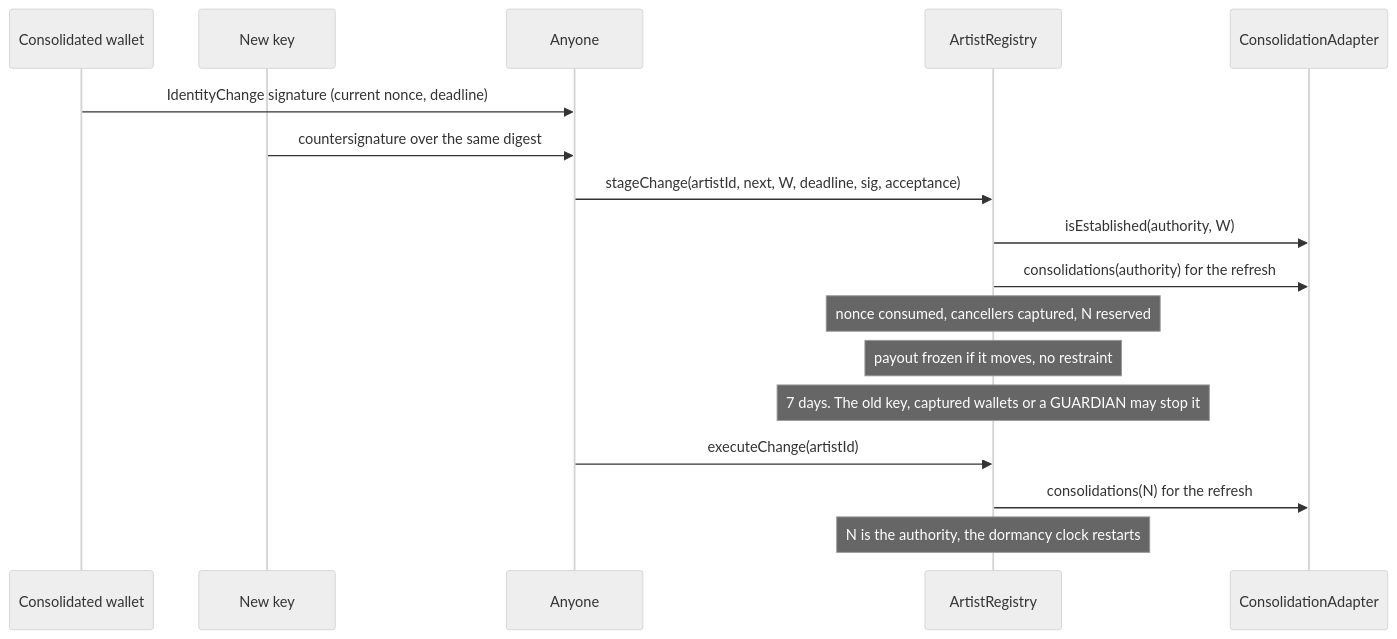
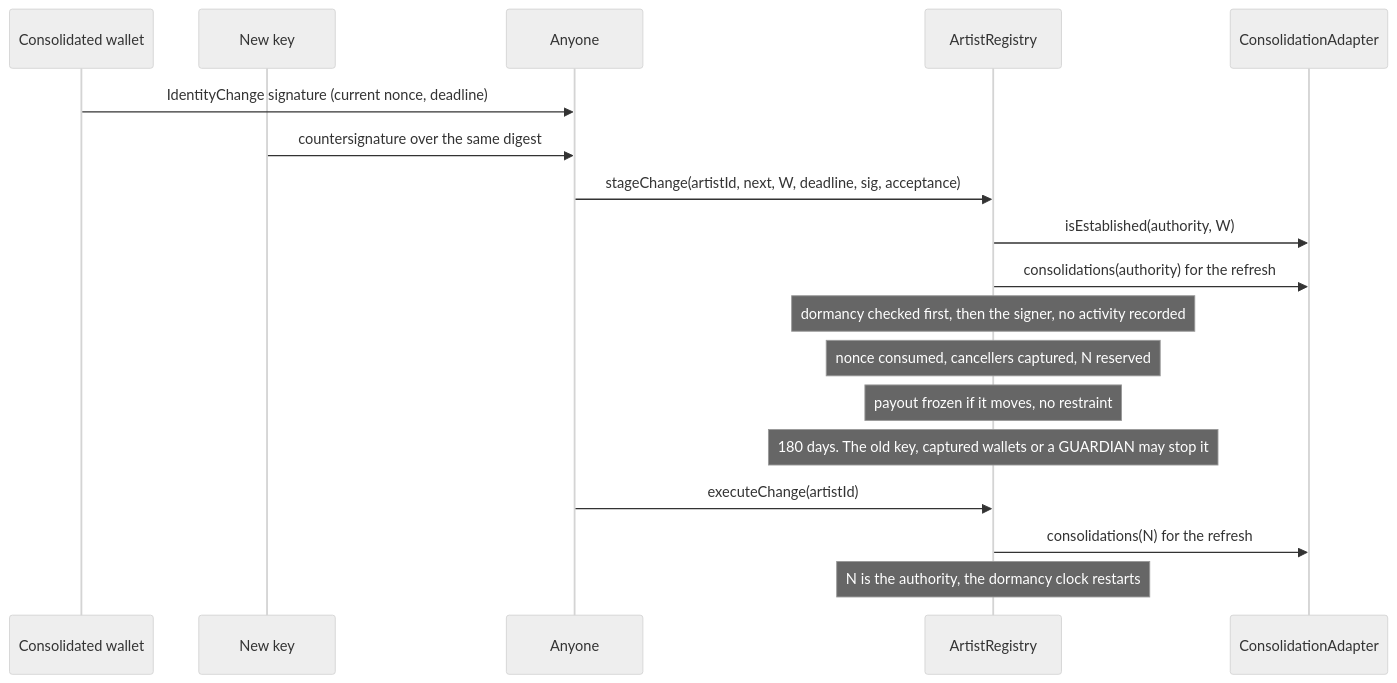
Before and after one commit to 6529-Collections/6529-works: the third of 8 diagrams in docs/spec/identity-and-recovery.md, drawn with Mermaid (neutral theme). The commit also changed other lines of this file and 14 other files, not shown here.

````diff
--- a/docs/spec/identity-and-recovery.md
+++ b/docs/spec/identity-and-recovery.md
@@ -369,19 +405,20 @@
 ```mermaid
 sequenceDiagram
     participant W as Consolidated wallet
     participant N as New key
     participant Anyone
     participant R as ArtistRegistry
     participant S as ConsolidationAdapter
     W->>Anyone: IdentityChange signature (current nonce, deadline)
     N->>Anyone: countersignature over the same digest
     Anyone->>R: stageChange(artistId, next, W, deadline, sig, acceptance)
     R->>S: isEstablished(authority, W)
     R->>S: consolidations(authority) for the refresh
+    Note over R: dormancy checked first, then the signer, no activity recorded
     Note over R: nonce consumed, cancellers captured, N reserved
     Note over R: payout frozen if it moves, no restraint
-    Note over R: 7 days. The old key, captured wallets or a GUARDIAN may stop it
+    Note over R: 180 days. The old key, captured wallets or a GUARDIAN may stop it
     Anyone->>R: executeChange(artistId)
     R->>S: consolidations(N) for the refresh
     Note over R: N is the authority, the dormancy clock restarts
 ```
````
